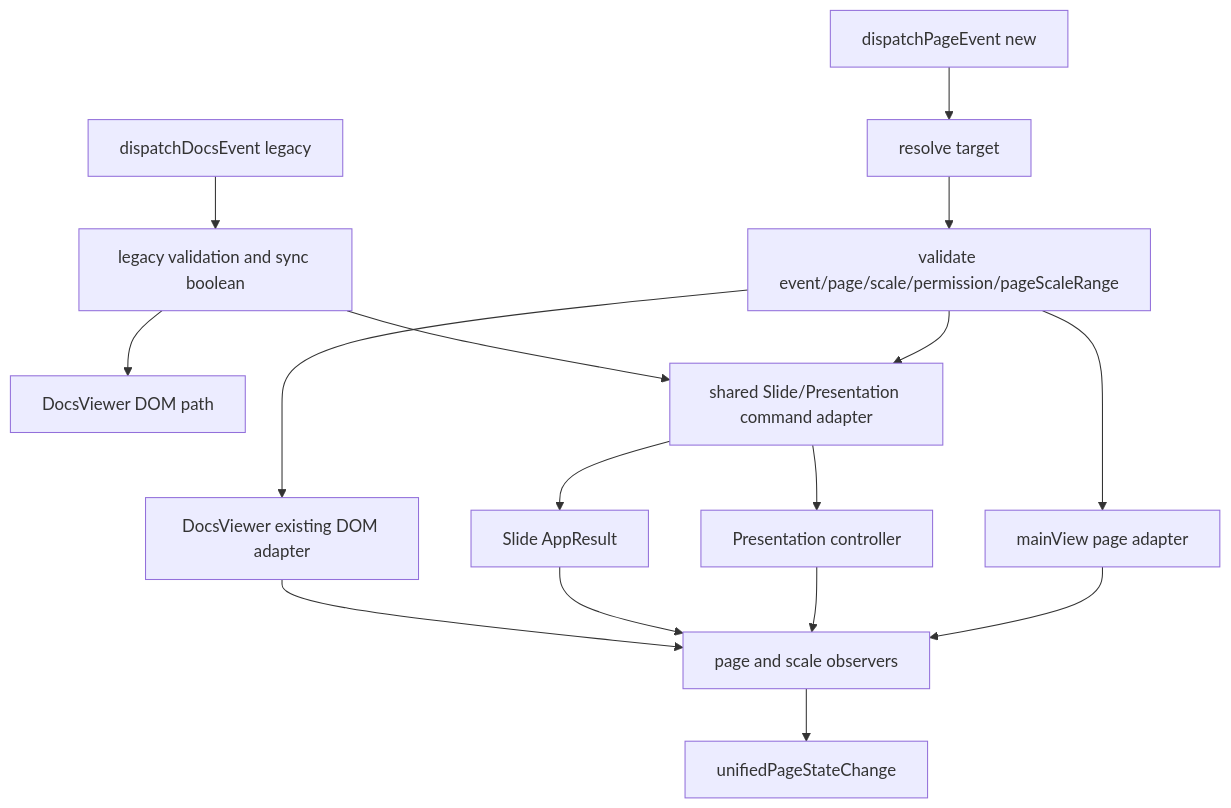
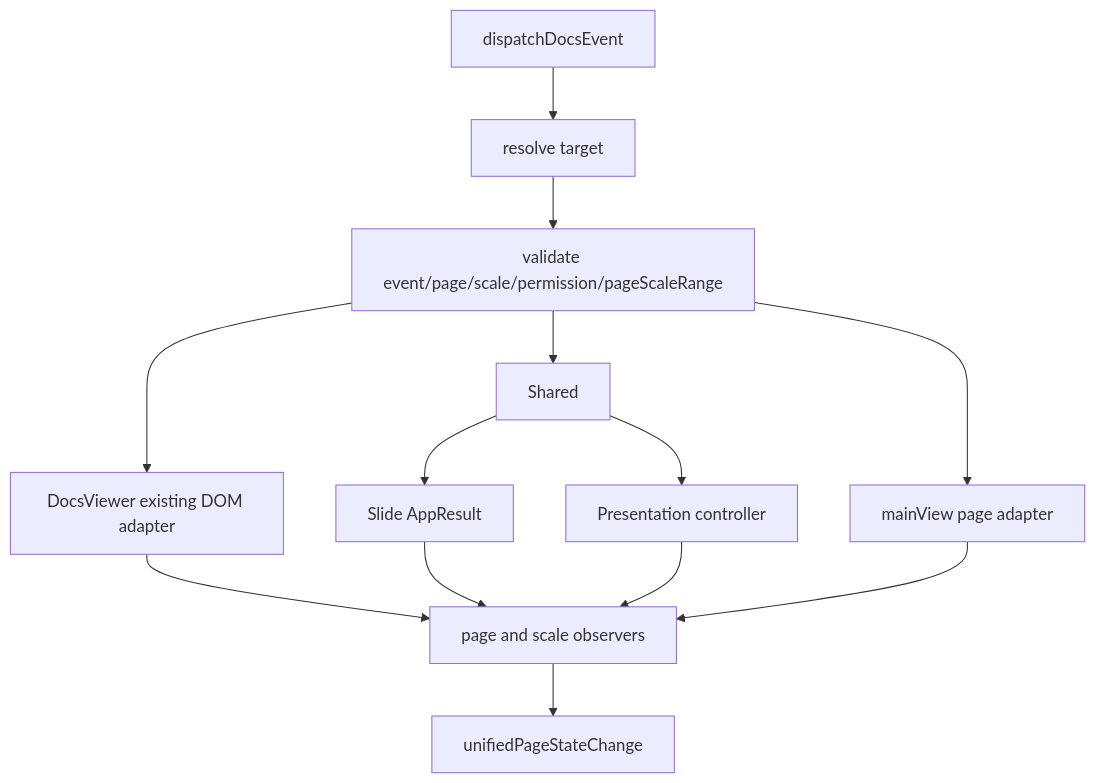
The second of 2 diagrams in docs/cn/WB-440-unified-page-control-design.zh-CN.md (netless-io/window-manager), drawn with Mermaid before and after one commit. The commit also changed other lines of this file and 16 other files, not shown here.

````diff
--- a/docs/cn/WB-440-unified-page-control-design.zh-CN.md
+++ b/docs/cn/WB-440-unified-page-control-design.zh-CN.md
@@ -349,18 +360,15 @@
 ```mermaid
 flowchart TD
-    Legacy[dispatchDocsEvent legacy] --> LegacyValidation[legacy validation and sync boolean]
-    LegacyValidation --> DocsViewer[DocsViewer DOM path]
-    LegacyValidation --> Shared[shared Slide/Presentation command adapter]
-    Unified[dispatchPageEvent new] --> Resolve[resolve target]
+    Unified[dispatchDocsEvent] --> Resolve[resolve target]
     Resolve --> Validation[validate event/page/scale/permission/pageScaleRange]
     Validation --> MainView[mainView page adapter]
     Validation --> Shared
-    Validation --> DocsViewerNew[DocsViewer existing DOM adapter]
+    Validation --> DocsViewer[DocsViewer existing DOM adapter]
     Shared --> Slide[Slide AppResult]
     Shared --> Presentation[Presentation controller]
-    DocsViewerNew --> Observers[page and scale observers]
+    DocsViewer --> Observers[page and scale observers]
     Slide --> Observers
     Presentation --> Observers
     MainView --> Observers
     Observers --> State[unifiedPageStateChange]
 ```
````
